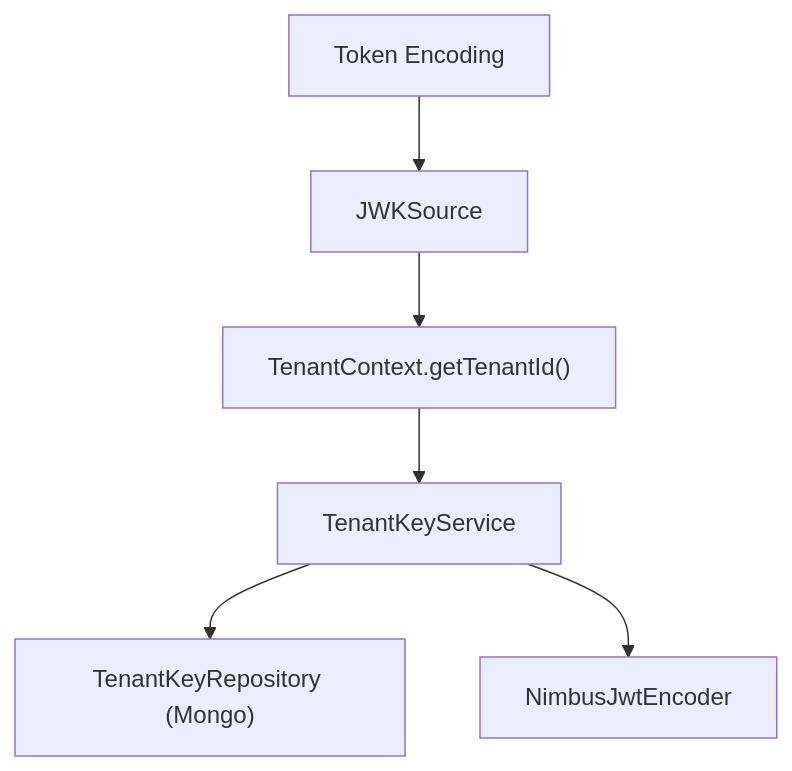
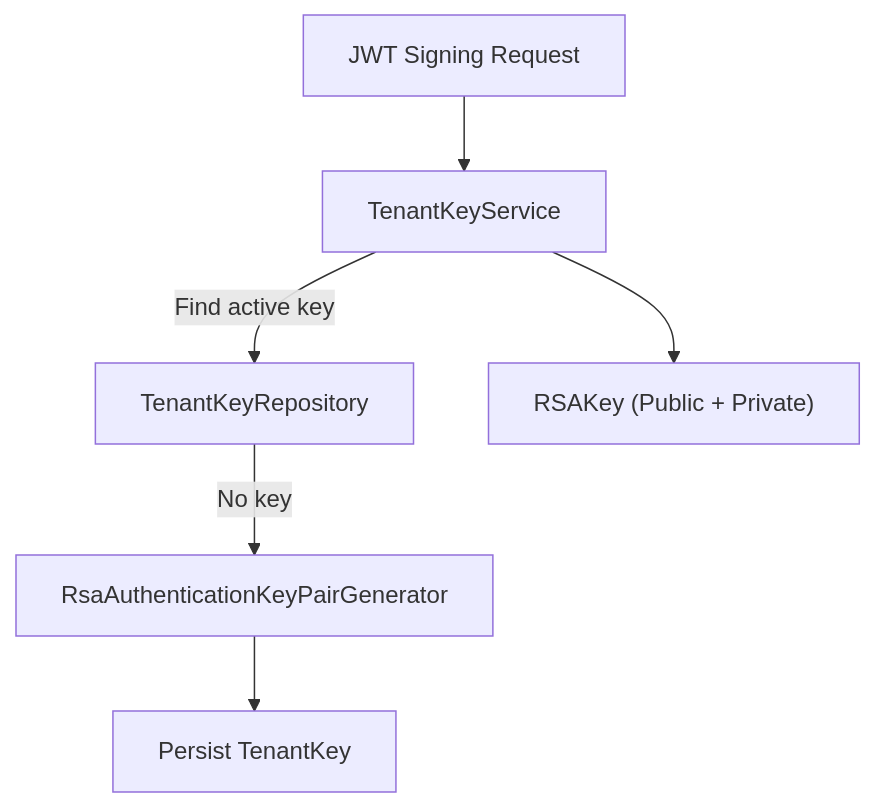
One commit to flamingo-stack/openframe-oss-lib changed the fourth of 7 diagrams in docs/reference/architecture/authorization-service-core/authorization-service-core.md. Above: the diagram before and after it, drawn with Mermaid. The commit also changed other lines of this file and 172 other files, not shown here.

````diff
--- a/docs/reference/architecture/authorization-service-core/authorization-service-core.md
+++ b/docs/reference/architecture/authorization-service-core/authorization-service-core.md
@@ -116,8 +123,10 @@
 ```mermaid
 flowchart TD
-    TokenRequest["Token Encoding"] --> JwkSource["JWKSource"]
-    JwkSource --> TenantId["TenantContext.getTenantId()"]
-    TenantId --> KeyService["TenantKeyService"]
-    KeyService --> Repo["TenantKeyRepository (Mongo)"]
-    KeyService --> Encoder["NimbusJwtEncoder"]
+    JWTRequest["JWT Signing Request"] --> KeyService["TenantKeyService"]
+    KeyService -->|"Find active key"| Repo["TenantKeyRepository"]
+
+    Repo -->|"No key"| Generator["RsaAuthenticationKeyPairGenerator"]
+    Generator --> Store["Persist TenantKey"]
+
+    KeyService --> RSAKey["RSAKey (Public + Private)"]
 ```
````
